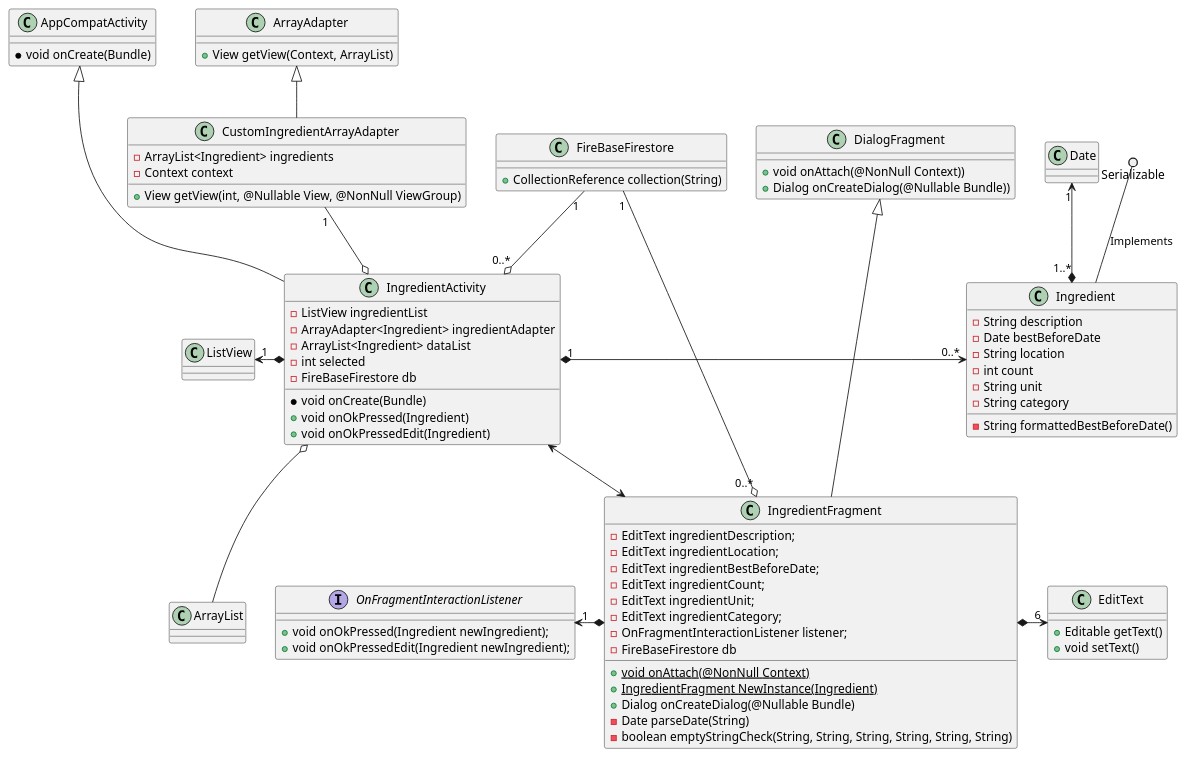
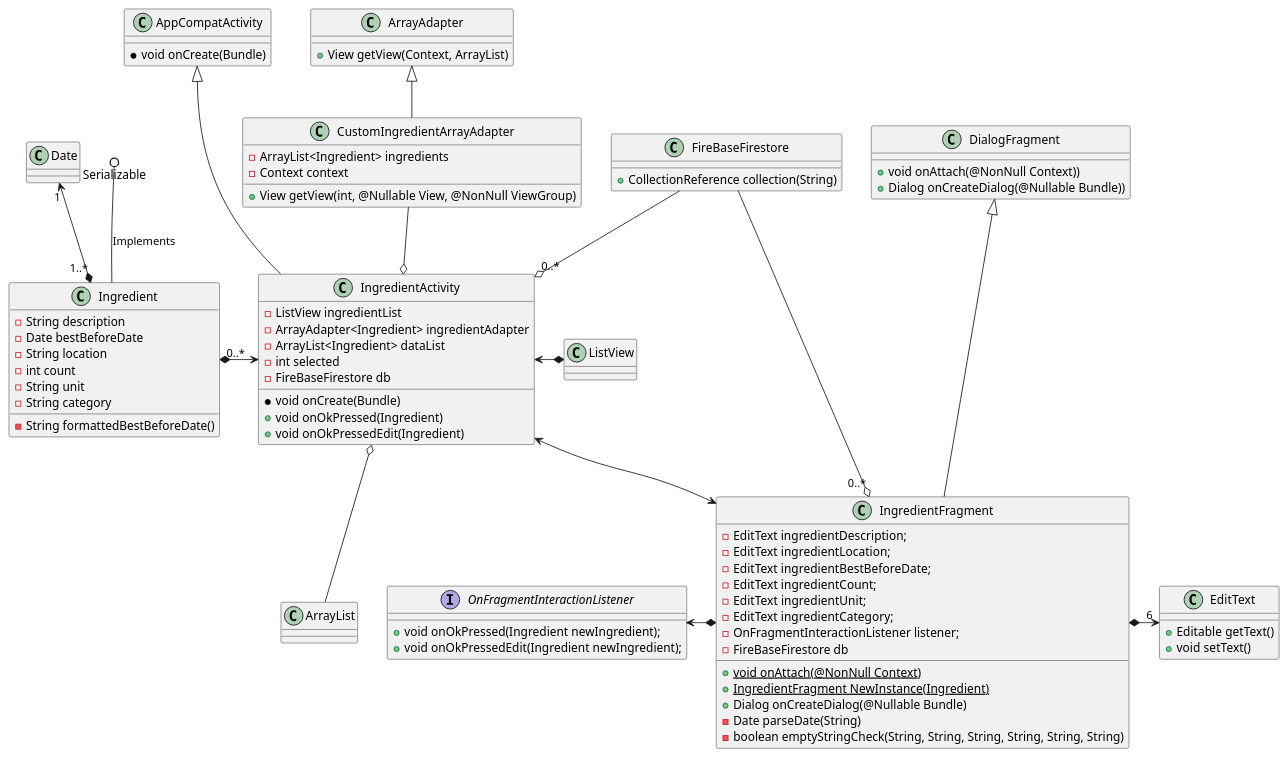
One commit to CMPUT301F22T31/FoodCart changed the diagram in doc/IngredientUML.puml. Above: the diagram before and after it, drawn with PlantUML. The commit also changed 2 other files, not shown here.

Commit message:
All UML state diagrams are complete are complete, going to pull 'Ingridenet edit fixed' commit and make changes if needed

```diff
--- a/doc/IngredientUML.puml
+++ b/doc/IngredientUML.puml
@@ -1,94 +1,94 @@
 @startuml
 'https://plantuml.com/class-diagram
 
 class ArrayAdapter {
 +View getView(Context, ArrayList)
 }
 
 class EditText {
 +Editable getText()
 +void setText()
 }
 
 class FireBaseFirestore {
 +CollectionReference collection(String)
 }
 
 class Ingredient {
 -String description
 -Date bestBeforeDate
 -String location
 -int count
 -String unit
 -String category
 
 -String formattedBestBeforeDate()
 }
 
 class AppCompatActivity {
 *void onCreate(Bundle)
 }
 
 class IngredientActivity {
 -ListView ingredientList
 -ArrayAdapter<Ingredient> ingredientAdapter
 -ArrayList<Ingredient> dataList
 -int selected
 -FireBaseFirestore db
 
 *void onCreate(Bundle)
 +void onOkPressed(Ingredient)
 +void onOkPressedEdit(Ingredient)
 }
 
 class DialogFragment {
 +void onAttach(@NonNull Context))
 +Dialog onCreateDialog(@Nullable Bundle))
 }
 
 class IngredientFragment {
 -EditText ingredientDescription;
 -EditText ingredientLocation;
 -EditText ingredientBestBeforeDate;
 -EditText ingredientCount;
 -EditText ingredientUnit;
 -EditText ingredientCategory;
 -OnFragmentInteractionListener listener;
 -FireBaseFirestore db
 
 + {static} void onAttach(@NonNull Context)
 + {static} IngredientFragment NewInstance(Ingredient)
 + Dialog onCreateDialog(@Nullable Bundle)
 - Date parseDate(String)
 - boolean emptyStringCheck(String, String, String, String, String, String)
 }
 
 interface OnFragmentInteractionListener {
 +void onOkPressed(Ingredient newIngredient);
 +void onOkPressedEdit(Ingredient newIngredient);
 }
 
 class CustomIngredientArrayAdapter extends ArrayAdapter {
 - ArrayList<Ingredient> ingredients
 - Context context
 
 + View getView(int, @Nullable View, @NonNull ViewGroup)
 }
 
 Serializable ()-- Ingredient : Implements
 Date "1" <--* "1..*" Ingredient
 
-IngredientActivity "1" *-> "0..*" Ingredient
-ListView "1" <-* IngredientActivity
-CustomIngredientArrayAdapter "1" --o IngredientActivity
-FireBaseFirestore "1" --o "0..*" IngredientActivity
+Ingredient "0..*" *->  IngredientActivity
+IngredientActivity <-* ListView
+CustomIngredientArrayAdapter --o IngredientActivity
+FireBaseFirestore --o "0..*" IngredientActivity
 IngredientActivity o-- ArrayList
 AppCompatActivity <|--- IngredientActivity
 DialogFragment <|--- IngredientFragment
 
 IngredientFragment *-> "6" EditText
-OnFragmentInteractionListener "1" <-* IngredientFragment
-FireBaseFirestore "1" --o "0..*" IngredientFragment
+OnFragmentInteractionListener <-* IngredientFragment
+FireBaseFirestore --o "0..*" IngredientFragment
 IngredientActivity <--> IngredientFragment
 
 @enduml
```
